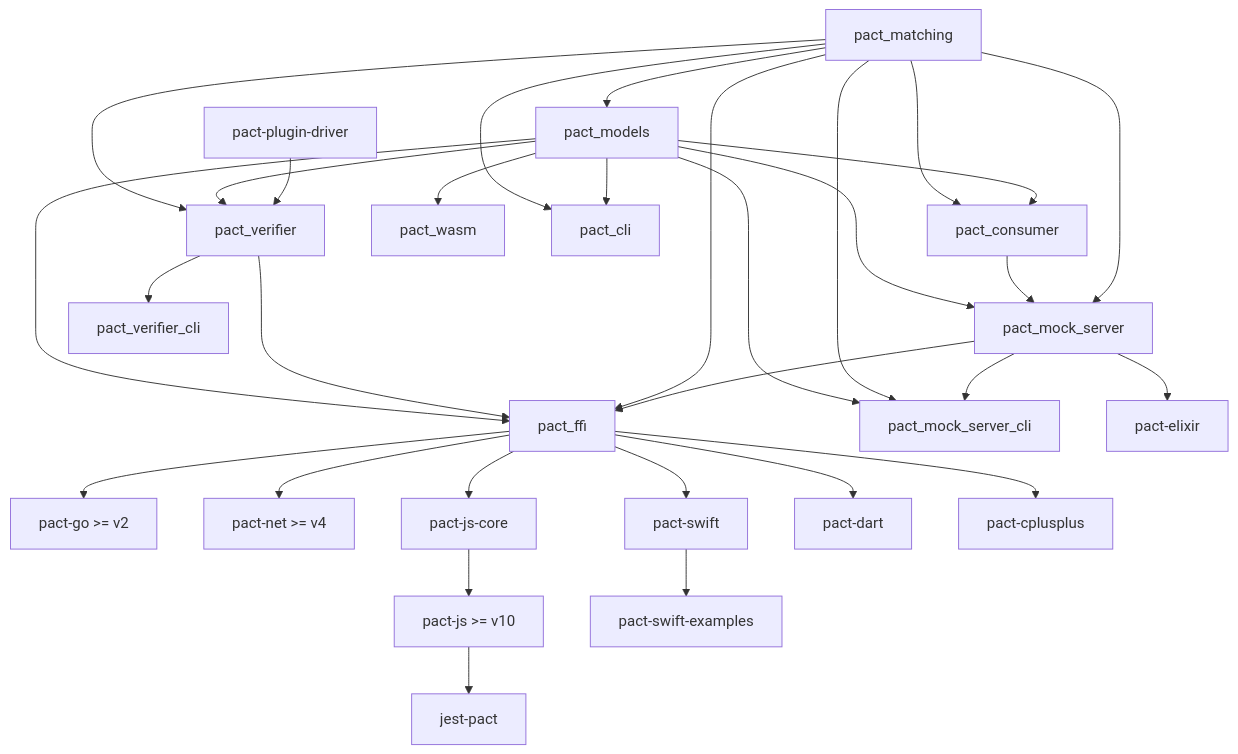
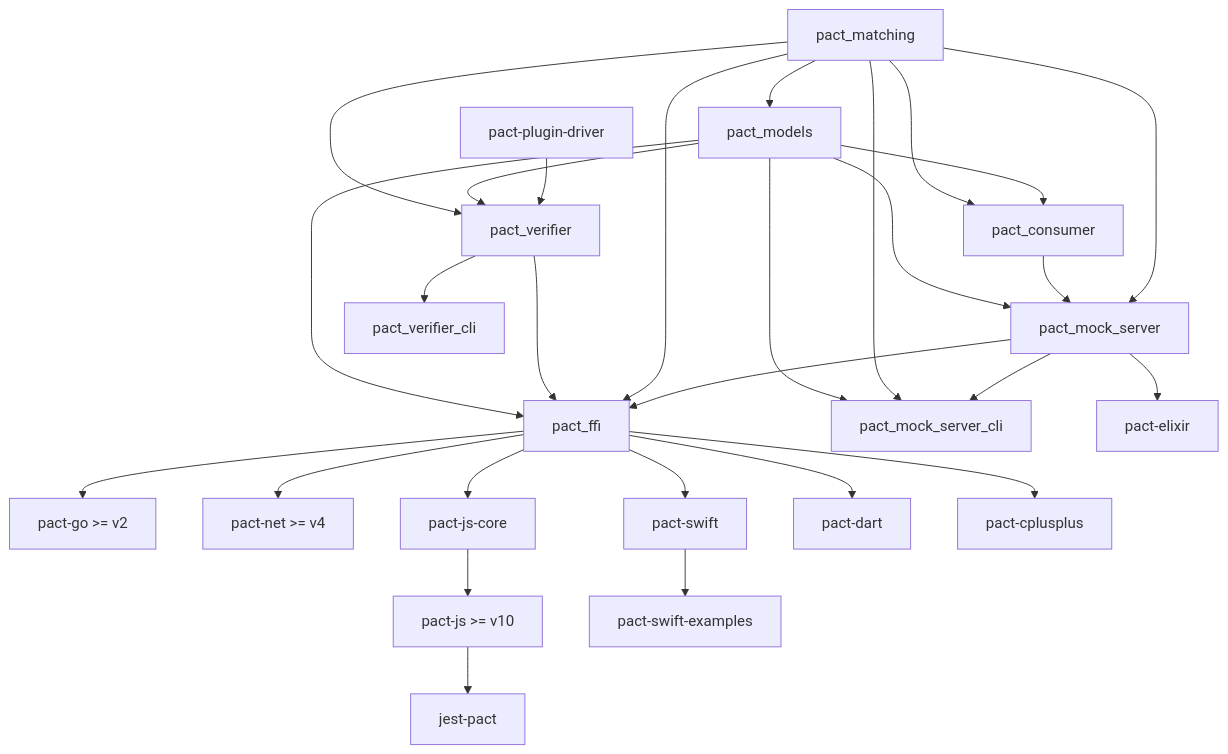
One commit to pact-foundation/docs.pact.io changed the third of 5 diagrams in website/docs/diagrams/ecosystem.md. Above: the diagram before and after it, drawn with Mermaid. The commit also changed other lines of this file, not shown here.

First line of the commit message:
chore: update rust ecosystem diagram

````diff
--- a/website/docs/diagrams/ecosystem.md
+++ b/website/docs/diagrams/ecosystem.md
@@ -120,39 +118,35 @@
 ```mermaid
 graph TD;
     pact-js-rust["pact-js >= v10"];
     pact-go-rust["pact-go >= v2"];
     pact-net-rust["pact-net >= v4"];
 
     pact_models-->pact_ffi;
     pact_verifier-->pact_ffi;
     pact_matching-->pact_ffi;
     pact_mock_server-->pact_ffi;
 
 
     pact_matching-->pact_models;
     pact_models-->pact_mock_server;
     pact_consumer-->pact_mock_server;
     pact_models-->pact_mock_server_cli;
     pact_matching-->pact_mock_server_cli;
     pact_matching-->pact_mock_server-->pact_mock_server_cli;
     pact_mock_server-->pact-elixir;
     pact_matching-->pact_verifier;
     pact_models-->pact_verifier-->pact_verifier_cli;
     pact_matching-->pact_consumer;
     pact_models-->pact_consumer;
-    pact_models-->pact_wasm;
     pact-plugin-driver-->pact_verifier;
-
-    pact_matching-->pact_cli;
-    pact_models-->pact_cli;
 
     pact_ffi-->pact-js-core-->pact-js-rust;
     pact-js-rust-->jest-pact;
     pact_ffi-->pact-net-rust;
     pact_ffi-->pact-go-rust;
     pact_ffi-->pact-swift-->pact-swift-examples;
     pact_ffi-->pact-dart;
     pact_ffi-->pact-cplusplus;
 
 
 ```
````
